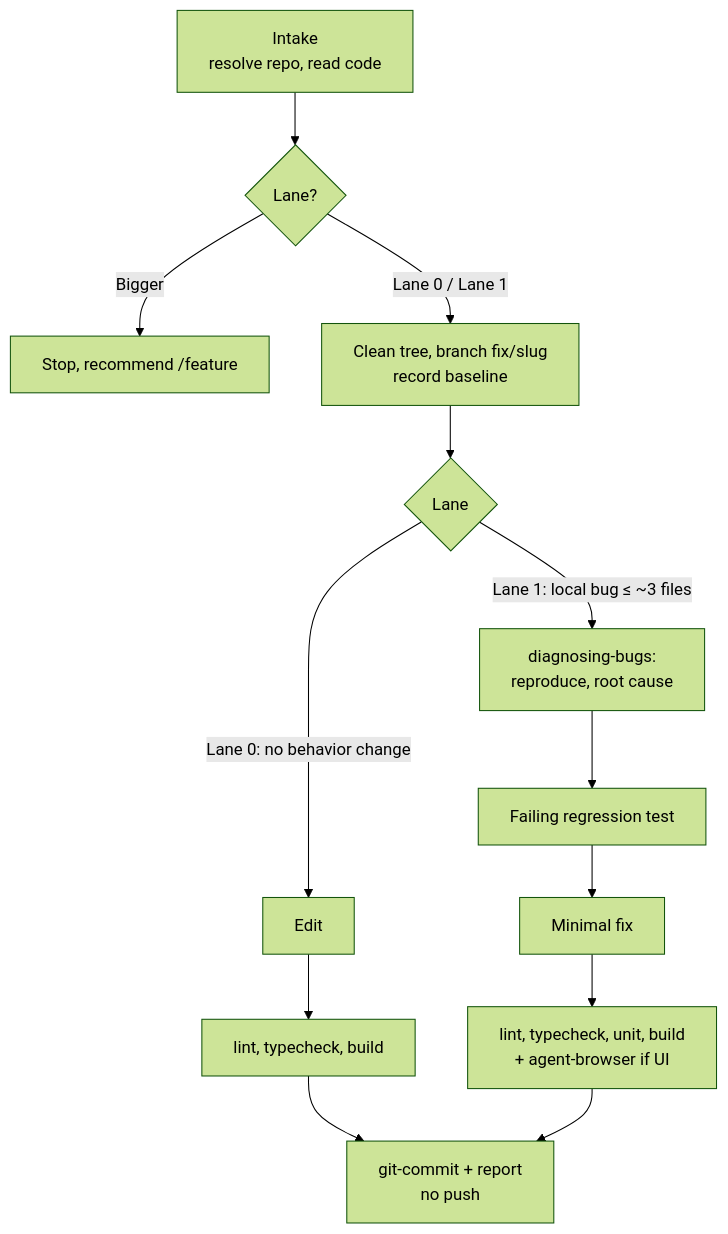
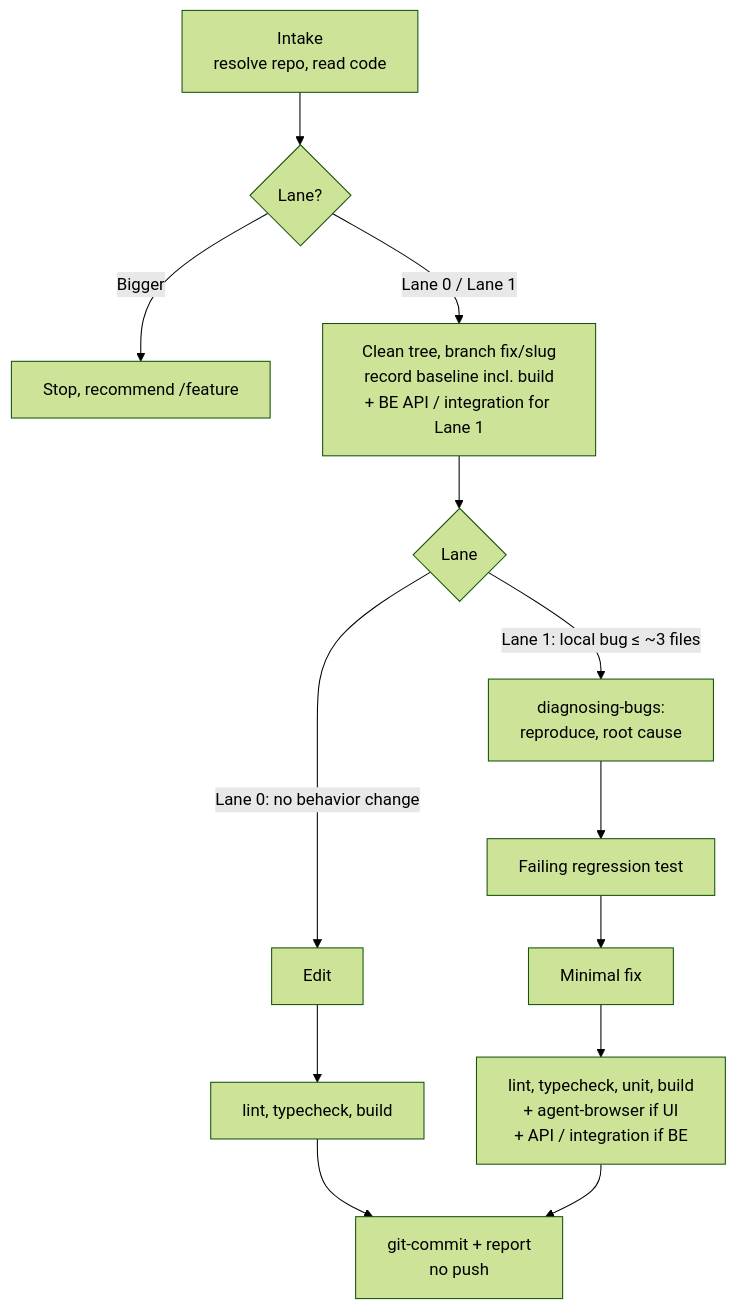
The third of 3 diagrams in README.md (minhfi/bumno), drawn with Mermaid (forest theme) before and after one commit. The commit also changed other lines of this file and 4 other files, not shown here.

````diff
--- a/README.md
+++ b/README.md
@@ -122,13 +123,13 @@
 ```mermaid
 flowchart TD
     F1[Intake<br/>resolve repo, read code] --> F2{Lane?}
     F2 -->|Bigger| F0[Stop, recommend /feature]
-    F2 -->|Lane 0 / Lane 1| F3[Clean tree, branch fix/slug<br/>record baseline]
+    F2 -->|Lane 0 / Lane 1| F3[Clean tree, branch fix/slug<br/>record baseline incl. build<br/>+ BE API / integration for Lane 1]
     F3 --> F4{Lane}
     F4 -->|"Lane 0: no behavior change"| L0[Edit] --> V0[lint, typecheck, build]
     F4 -->|"Lane 1: local bug ≤ ~3 files"| L2[diagnosing-bugs:<br/>reproduce, root cause]
     L2 --> L3[Failing regression test]
     L3 --> L4[Minimal fix]
-    L4 --> V1[lint, typecheck, unit, build<br/>+ agent-browser if UI]
+    L4 --> V1[lint, typecheck, unit, build<br/>+ agent-browser if UI<br/>+ API / integration if BE]
     V0 & V1 --> C[git-commit + report<br/>no push]
 ```
````
